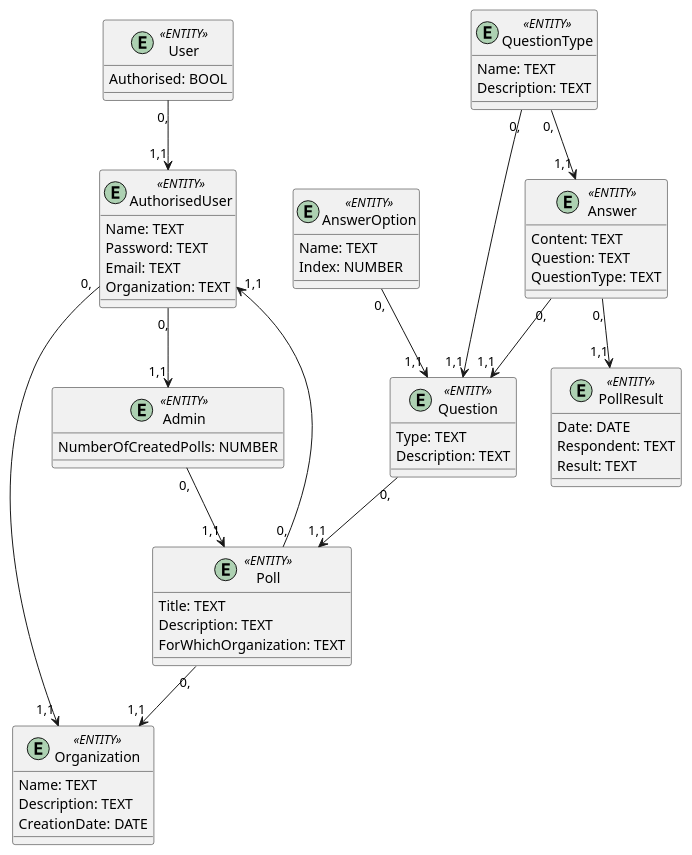
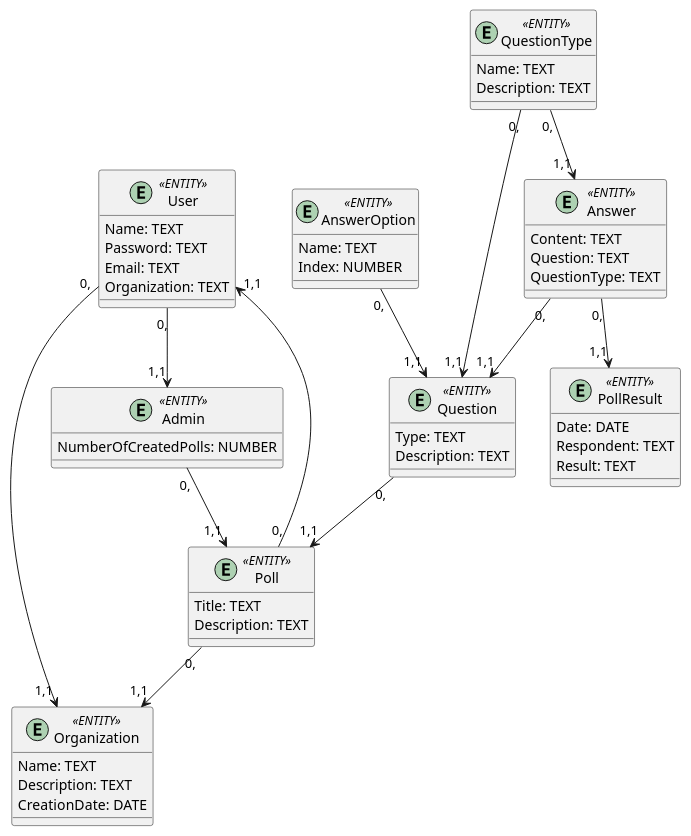
The second of 2 diagrams in docs/design/README.md (bochka123/bobryataStars), drawn with PlantUML before and after one commit. The commit also changed other lines of this file, not shown here.

```diff
--- a/docs/design/README.md
+++ b/docs/design/README.md
@@ -83,10 +77,6 @@
 @startuml
 
 	entity User <<ENTITY>> {
-		Authorised: BOOL
-	}
-
-	entity AuthorisedUser <<ENTITY>> {
 		Name: TEXT
 		Password: TEXT
 		Email: TEXT
@@ -106,7 +96,6 @@
 	entity Poll <<ENTITY>> {
 		Title: TEXT
 		Description: TEXT
-		ForWhichOrganization: TEXT
 	}
 
 	entity Question <<ENTITY>> {
@@ -136,17 +125,15 @@
 		Result: TEXT
 	}
 
-	User "0,"-->"1,1" AuthorisedUser
+	User "0,"-->"1,1" Admin
 
-	AuthorisedUser "0,"-->"1,1" Admin
-
-	AuthorisedUser "0,"-->"1,1" Organization
+	User "0,"-->"1,1" Organization
 
 	Admin "0,"-->"1,1" Poll
 
 	Poll "0,"-->"1,1" Organization
 
-	Poll "0,"-->"1,1" AuthorisedUser
+	Poll "0,"-->"1,1" User
 
 	Question "0,"-->"1,1" Poll
 
```
